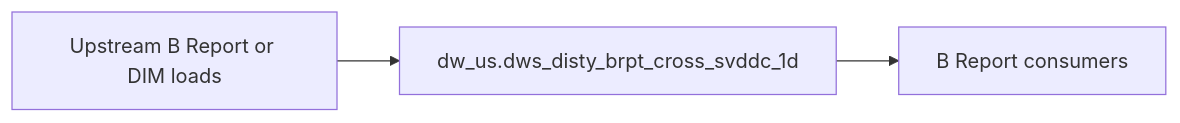
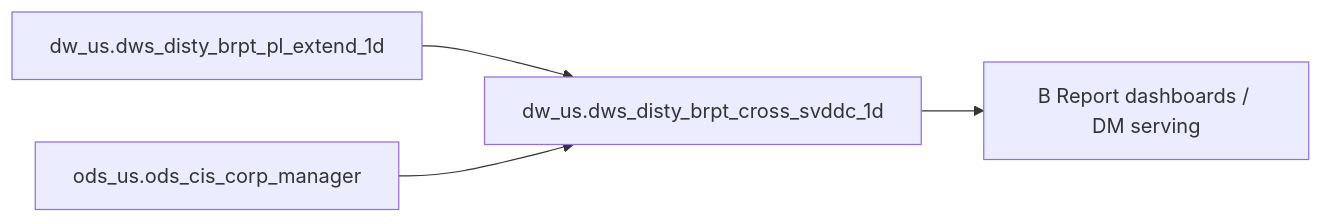
Before and after one commit to chengduhaha/data_agent: the diagram in backend/defaults/b_report/workspace/target/knowledgebase/b-report-us/dws_disty_brpt_cross_svddc_1d.md, drawn with Mermaid. The commit also changed other lines of this file and 1108 other files, not shown here.

````diff
--- a/backend/defaults/b_report/workspace/target/knowledgebase/b-report-us/dws_disty_brpt_cross_svddc_1d.md
+++ b/backend/defaults/b_report/workspace/target/knowledgebase/b-report-us/dws_disty_brpt_cross_svddc_1d.md
@@ -149,8 +267,10 @@
 ```mermaid
 flowchart LR
-  upstream[Upstream B Report or DIM loads]
-  tgt["dw_us.dws_disty_brpt_cross_svddc_1d"]
-  brpt[B Report consumers]
-  upstream --> tgt
-  tgt --> brpt
+  dw_us_dws_disty_brpt_cross_svddc_1d["dw_us.dws_disty_brpt_cross_svddc_1d"]
+  src0["dw_us.dws_disty_brpt_pl_extend_1d"]
+  src0 --> dw_us_dws_disty_brpt_cross_svddc_1d
+  src1["ods_us.ods_cis_corp_manager"]
+  src1 --> dw_us_dws_disty_brpt_cross_svddc_1d
+  consumers["B Report dashboards / DM serving"]
+  dw_us_dws_disty_brpt_cross_svddc_1d --> consumers
 ```
````
